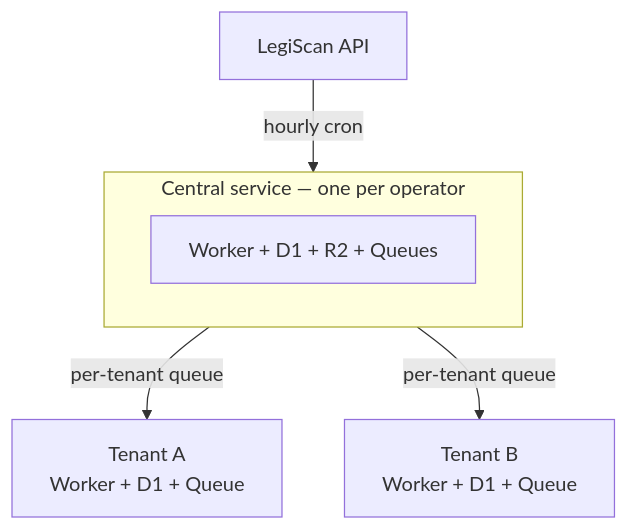
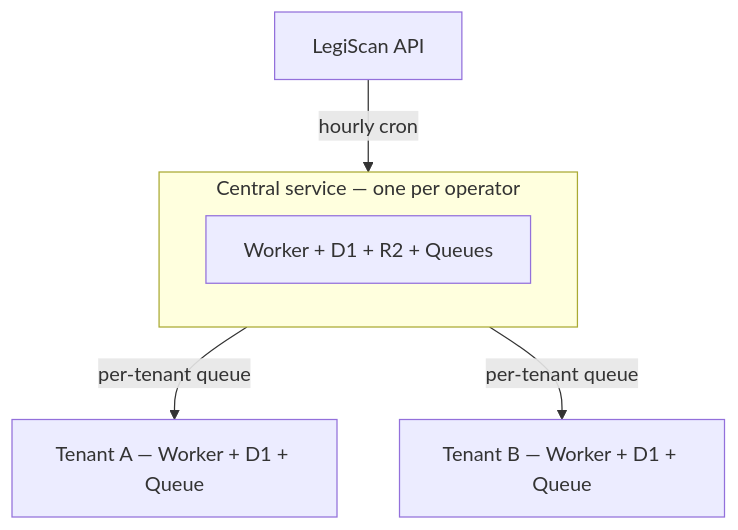
Before and after one commit to floorvote/floorvote: the diagram in README.md, drawn with Mermaid. The commit also changed other lines of this file and 7 other files, not shown here.

````diff
--- a/README.md
+++ b/README.md
@@ -69,9 +69,9 @@
 ```mermaid
 flowchart TB
   API["LegiScan API"] -->|hourly cron| C
   subgraph C ["Central service — one per operator"]
     CW["Worker + D1 + R2 + Queues"]
   end
-  C -->|per-tenant queue| TA["Tenant A<br/>Worker + D1 + Queue"]
-  C -->|per-tenant queue| TB["Tenant B<br/>Worker + D1 + Queue"]
+  C -->|per-tenant queue| TA["Tenant A — Worker + D1 + Queue"]
+  C -->|per-tenant queue| TB["Tenant B — Worker + D1 + Queue"]
 ```
````
